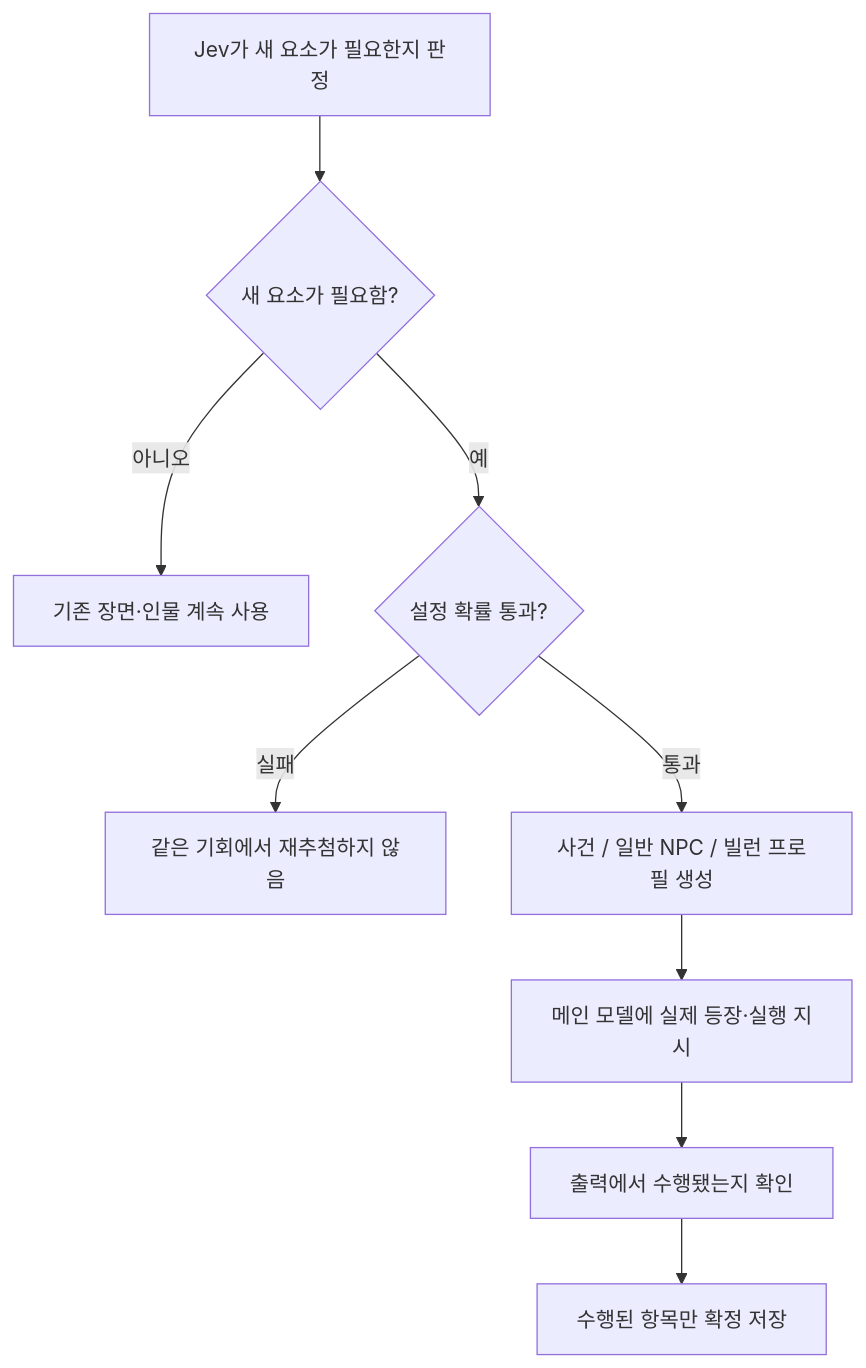
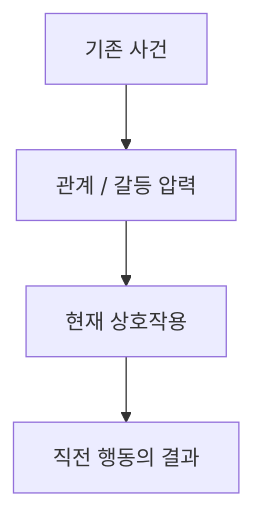
One commit to bongbong11/-_- changed the second of 4 diagrams in README.md. Above: the diagram before and after it, drawn with Mermaid. The commit also changed other lines of this file and 17 other files, not shown here.

```diff
--- a/README.md
+++ b/README.md
@@ -252,11 +210,6 @@
 ~~~mermaid
 flowchart TD
-    A["Jev가 새 요소가 필요한지 판정"] --> B{"새 요소가 필요함?"}
-    B -->|"아니오"| C["기존 장면·인물 계속 사용"]
-    B -->|"예"| D{"설정 확률 통과?"}
-    D -->|"실패"| E["같은 기회에서 재추첨하지 않음"]
-    D -->|"통과"| F["사건 / 일반 NPC / 빌런 프로필 생성"]
-    F --> G["메인 모델에 실제 등장·실행 지시"]
-    G --> H["출력에서 수행됐는지 확인"]
-    H --> I["수행된 항목만 확정 저장"]
+    A["기존 사건"] --> B["관계 / 갈등 압력"]
+    B --> C["현재 상호작용"]
+    C --> D["직전 행동의 결과"]
 ~~~
```
